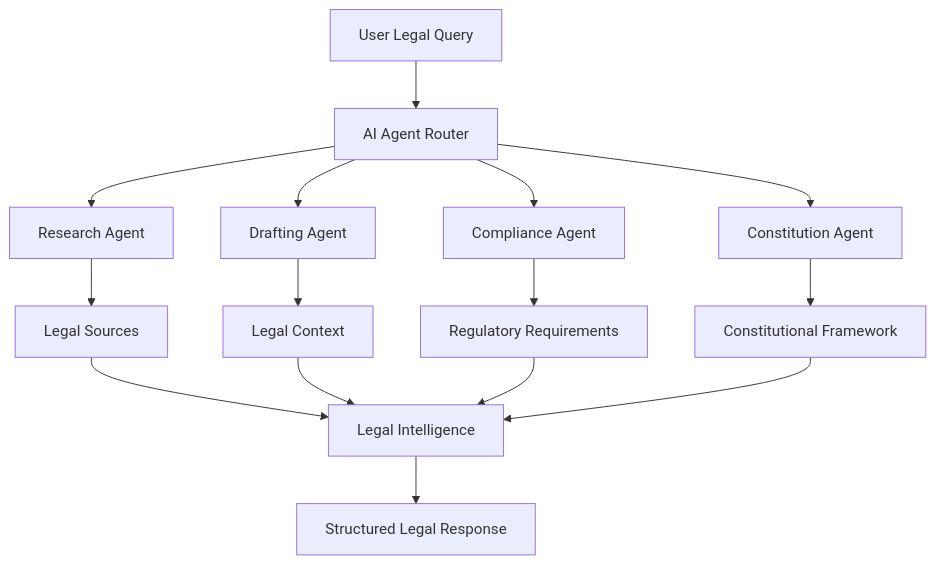
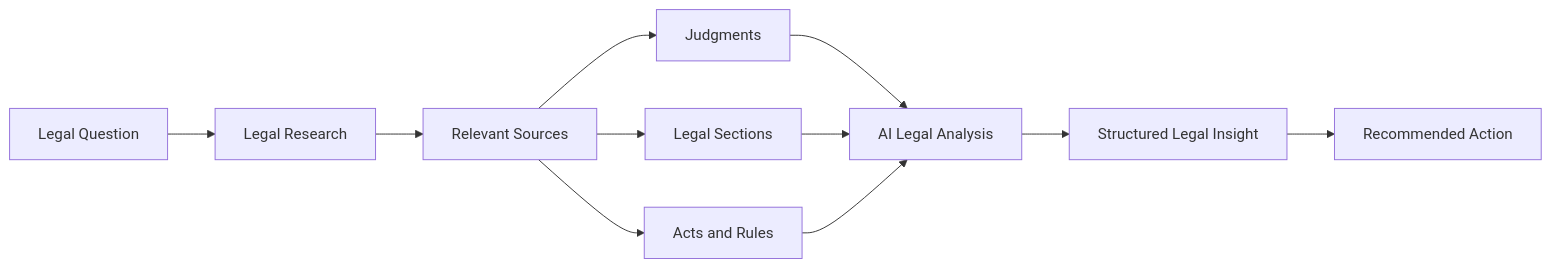
One commit to srivastavanaavya75-lgtm/Dharma-AI changed the second of 2 diagrams in README.md. Above: the diagram before and after it, drawn with Mermaid. The commit also changed other lines of this file, not shown here.

````diff
--- a/README.md
+++ b/README.md
@@ -114,24 +66,21 @@
 ```mermaid
-flowchart TB
+flowchart LR
 
-    Q[User Legal Query]
+    QUESTION[Legal Question]
 
-    Q --> ROUTER[AI Agent Router]
+    QUESTION --> SEARCH[Legal Research]
 
-    ROUTER --> RA[Research Agent]
-    ROUTER --> DA[Drafting Agent]
-    ROUTER --> CA[Compliance Agent]
-    ROUTER --> COA[Constitution Agent]
+    SEARCH --> SOURCES[Relevant Sources]
 
-    RA --> LAWS[Legal Sources]
-    DA --> CONTEXT[Legal Context]
-    CA --> REG[Regulatory Requirements]
-    COA --> CONST[Constitutional Framework]
+    SOURCES --> JUDGMENTS[Judgments]
+    SOURCES --> SECTIONS[Legal Sections]
+    SOURCES --> ACTS[Acts and Rules]
 
-    LAWS --> INSIGHT[Legal Intelligence]
-    CONTEXT --> INSIGHT
-    REG --> INSIGHT
-    CONST --> INSIGHT
+    JUDGMENTS --> ANALYSIS[AI Legal Analysis]
+    SECTIONS --> ANALYSIS
+    ACTS --> ANALYSIS
 
-    INSIGHT --> RESULT[Structured Legal Response]
+    ANALYSIS --> RESULT[Structured Legal Insight]
+
+    RESULT --> ACTION[Recommended Action]
 ```
````
